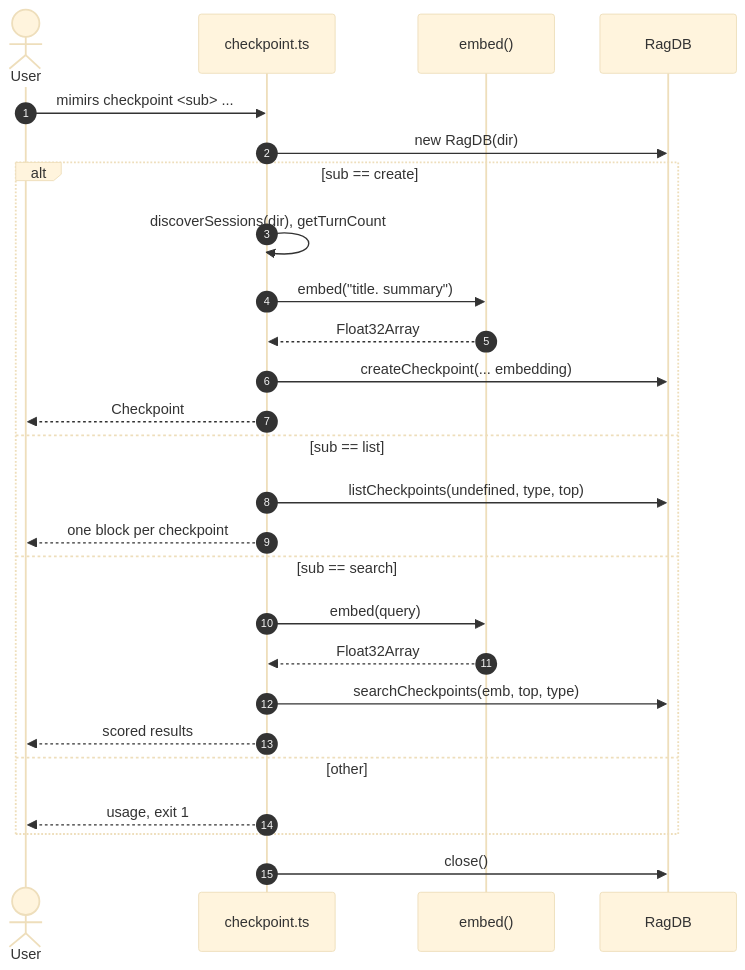
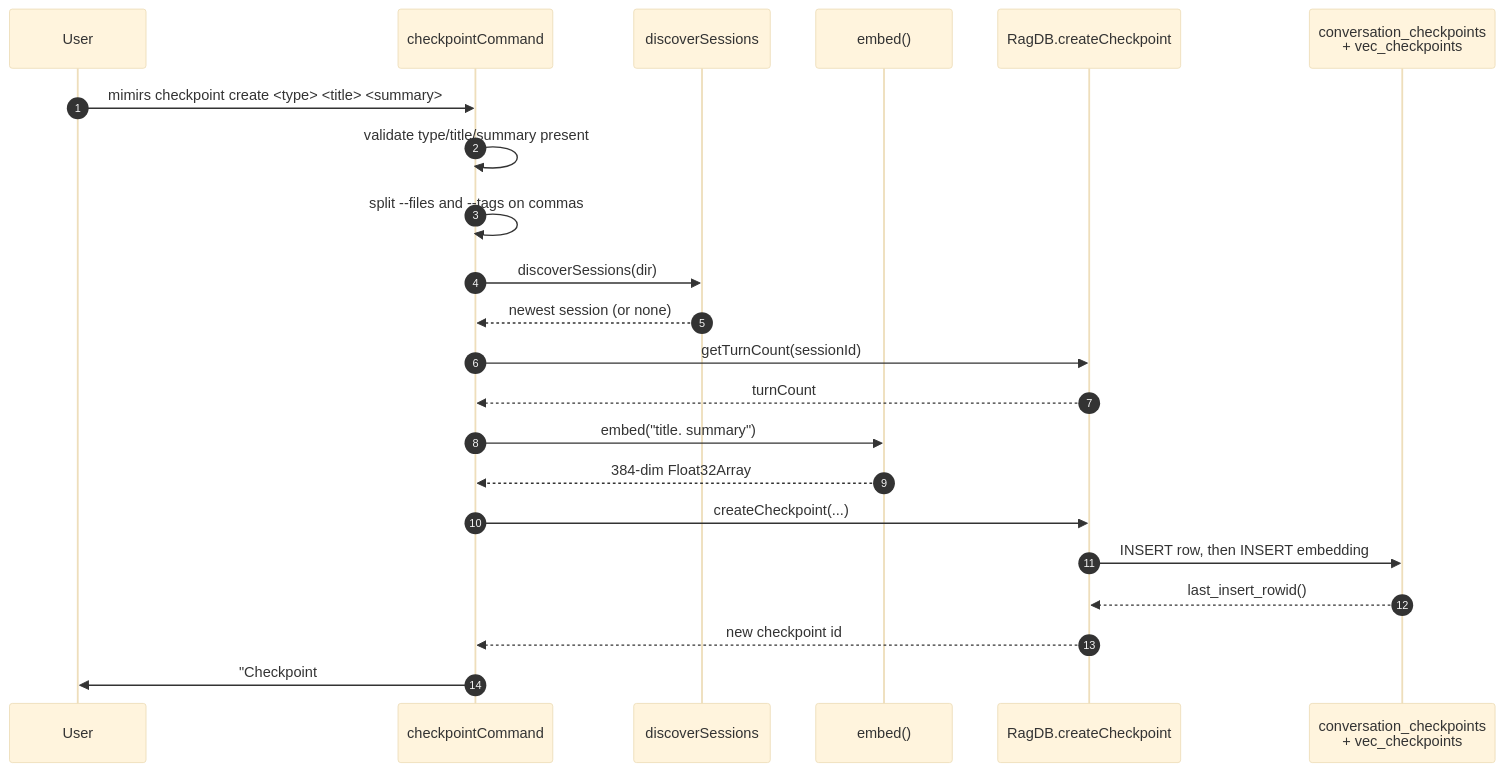
The diagram in wiki/cli/checkpoint.md (TheWinci/mimirs), drawn with Mermaid (base theme) before and after one commit. The commit also changed other lines of this file and 51 other files, not shown here.

````diff
--- a/wiki/cli/checkpoint.md
+++ b/wiki/cli/checkpoint.md
@@ -28,28 +43,25 @@
 ```mermaid
 sequenceDiagram
     autonumber
-    actor User
-    participant CLI as checkpoint.ts
-    participant Embed as embed()
-    participant DB as RagDB
-    User->>CLI: mimirs checkpoint <sub> ...
-    CLI->>DB: new RagDB(dir)
-    alt sub == create
-        CLI->>CLI: discoverSessions(dir), getTurnCount
-        CLI->>Embed: embed("title. summary")
-        Embed-->>CLI: Float32Array
-        CLI->>DB: createCheckpoint(... embedding)
-        CLI-->>User: Checkpoint #id created
-    else sub == list
-        CLI->>DB: listCheckpoints(undefined, type, top)
-        CLI-->>User: one block per checkpoint
-    else sub == search
-        CLI->>Embed: embed(query)
-        Embed-->>CLI: Float32Array
-        CLI->>DB: searchCheckpoints(emb, top, type)
-        CLI-->>User: scored results
-    else other
-        CLI-->>User: usage, exit 1
-    end
-    CLI->>DB: close()
+    participant User
+    participant CLI as checkpointCommand
+    participant Sessions as discoverSessions
+    participant Emb as embed()
+    participant DB as RagDB.createCheckpoint
+    participant SQLite as conversation_checkpoints<br>+ vec_checkpoints
+
+    User->>CLI: mimirs checkpoint create <type> <title> <summary>
+    CLI->>CLI: validate type/title/summary present
+    CLI->>CLI: split --files and --tags on commas
+    CLI->>Sessions: discoverSessions(dir)
+    Sessions-->>CLI: newest session (or none)
+    CLI->>DB: getTurnCount(sessionId)
+    DB-->>CLI: turnCount
+    CLI->>Emb: embed("title. summary")
+    Emb-->>CLI: 384-dim Float32Array
+    CLI->>DB: createCheckpoint(...)
+    DB->>SQLite: INSERT row, then INSERT embedding
+    SQLite-->>DB: last_insert_rowid()
+    DB-->>CLI: new checkpoint id
+    CLI->>User: "Checkpoint #<id> created: [type] title"
 ```
````
